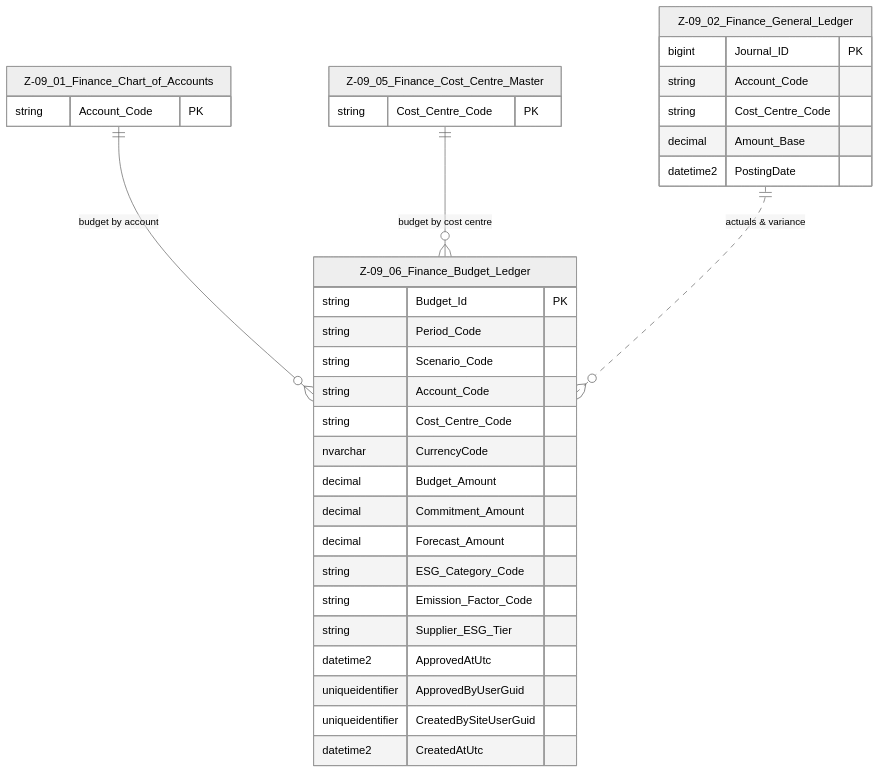
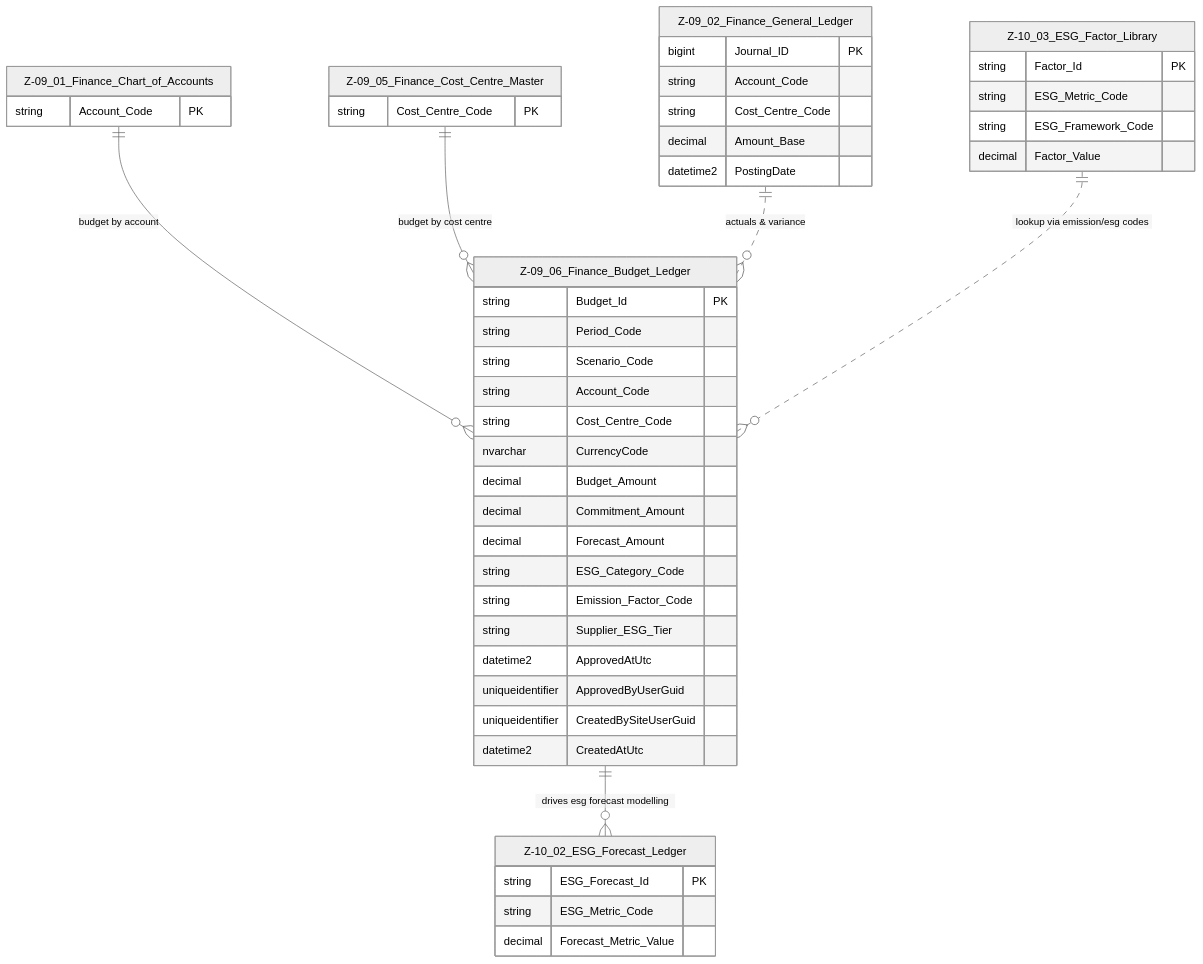
Before and after one commit to NeilWP/SUSTINA_CAB: the diagram in 100 DATA MODELLING/Z- Data Entites/Finance Domain/Z-09.06_Finance_Budget_Ledger.md, drawn with Mermaid (neutral theme). The commit also changed other lines of this file and 6 other files, not shown here.

Commit message:
Defined bridge between Finance and ESG

````diff
--- a/100 DATA MODELLING/Z- Data Entites/Finance Domain/Z-09.06_Finance_Budget_Ledger.md
+++ b/100 DATA MODELLING/Z- Data Entites/Finance Domain/Z-09.06_Finance_Budget_Ledger.md
@@ -34,41 +36,60 @@
 ```mermaid
 erDiagram
     Z-09_06_Finance_Budget_Ledger {
         string Budget_Id PK
         string Period_Code
         string Scenario_Code
         string Account_Code
         string Cost_Centre_Code
         nvarchar CurrencyCode
         decimal Budget_Amount
         decimal Commitment_Amount
         decimal Forecast_Amount
         string ESG_Category_Code
         string Emission_Factor_Code
         string Supplier_ESG_Tier
         datetime2 ApprovedAtUtc
         uniqueidentifier ApprovedByUserGuid
         uniqueidentifier CreatedBySiteUserGuid
         datetime2 CreatedAtUtc
     }
 
     Z-09_01_Finance_Chart_of_Accounts {
         string Account_Code PK
     }
 
     Z-09_05_Finance_Cost_Centre_Master {
         string Cost_Centre_Code PK
     }
 
     Z-09_02_Finance_General_Ledger {
         bigint Journal_ID PK
         string Account_Code
         string Cost_Centre_Code
         decimal Amount_Base
         datetime2 PostingDate
     }
 
+    %% ESG DOMAIN — SOFT RELATIONSHIPS
+    Z-10_03_ESG_Factor_Library {
+        string Factor_Id PK
+        string ESG_Metric_Code
+        string ESG_Framework_Code
+        decimal Factor_Value
+    }
+
+    Z-10_02_ESG_Forecast_Ledger {
+        string ESG_Forecast_Id PK
+        string ESG_Metric_Code
+        decimal Forecast_Metric_Value
+    }
+
+    %% FINANCE RELATIONSHIPS
     Z-09_01_Finance_Chart_of_Accounts ||--o{ Z-09_06_Finance_Budget_Ledger : "budget by account"
     Z-09_05_Finance_Cost_Centre_Master ||--o{ Z-09_06_Finance_Budget_Ledger : "budget by cost centre"
     Z-09_02_Finance_General_Ledger ||..o{ Z-09_06_Finance_Budget_Ledger : "actuals & variance"
+
+    %% ESG BRIDGE RELATIONSHIPS (SOFT LINK)
+    Z-10_03_ESG_Factor_Library ||..o{ Z-09_06_Finance_Budget_Ledger : "lookup via emission/esg codes"
+    Z-09_06_Finance_Budget_Ledger ||--o{ Z-10_02_ESG_Forecast_Ledger : "drives esg forecast modelling"
 ```
````
